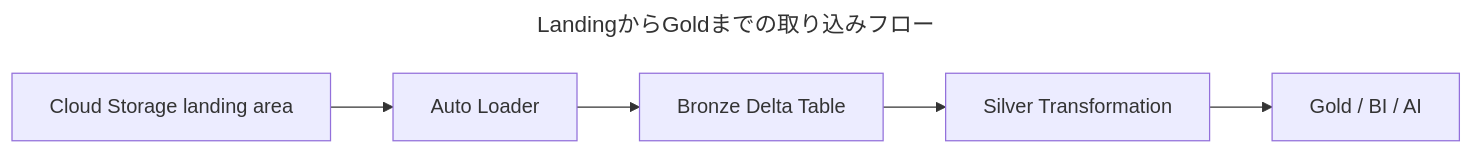
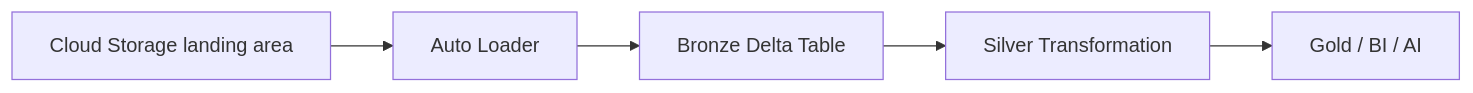
One commit to yuyuyu0706/quiz-practice changed the diagram in dea-audio-learn/audio-scripts/dea-ingestion-001.md. Above: the diagram before and after it, drawn with Mermaid. The commit also changed 2 other files, not shown here.

Commit message:
Use Mermaid acc metadata without frontmatter

````diff
--- a/dea-audio-learn/audio-scripts/dea-ingestion-001.md
+++ b/dea-audio-learn/audio-scripts/dea-ingestion-001.md
@@ -67,12 +67,9 @@
 ```mermaid
----
-title: LandingからGoldまでの取り込みフロー
----
 flowchart LR
   accTitle: LandingからGoldまでの取り込みフロー
   accDescr: Cloud Storage landing areaからAuto Loader、Bronze、Silver、Goldへ進む基本的な流れを示します。
   A[Cloud Storage landing area] --> B[Auto Loader]
   B --> C[Bronze Delta Table]
   C --> D[Silver Transformation]
   D --> E[Gold / BI / AI]
 ```
````
